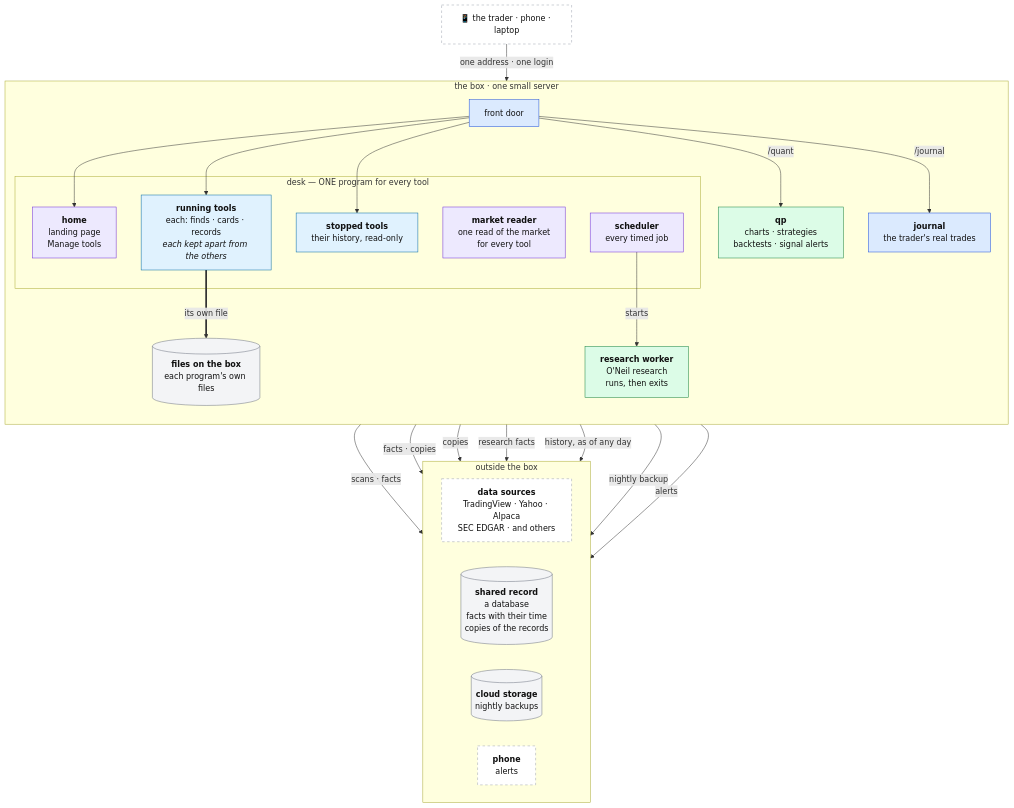
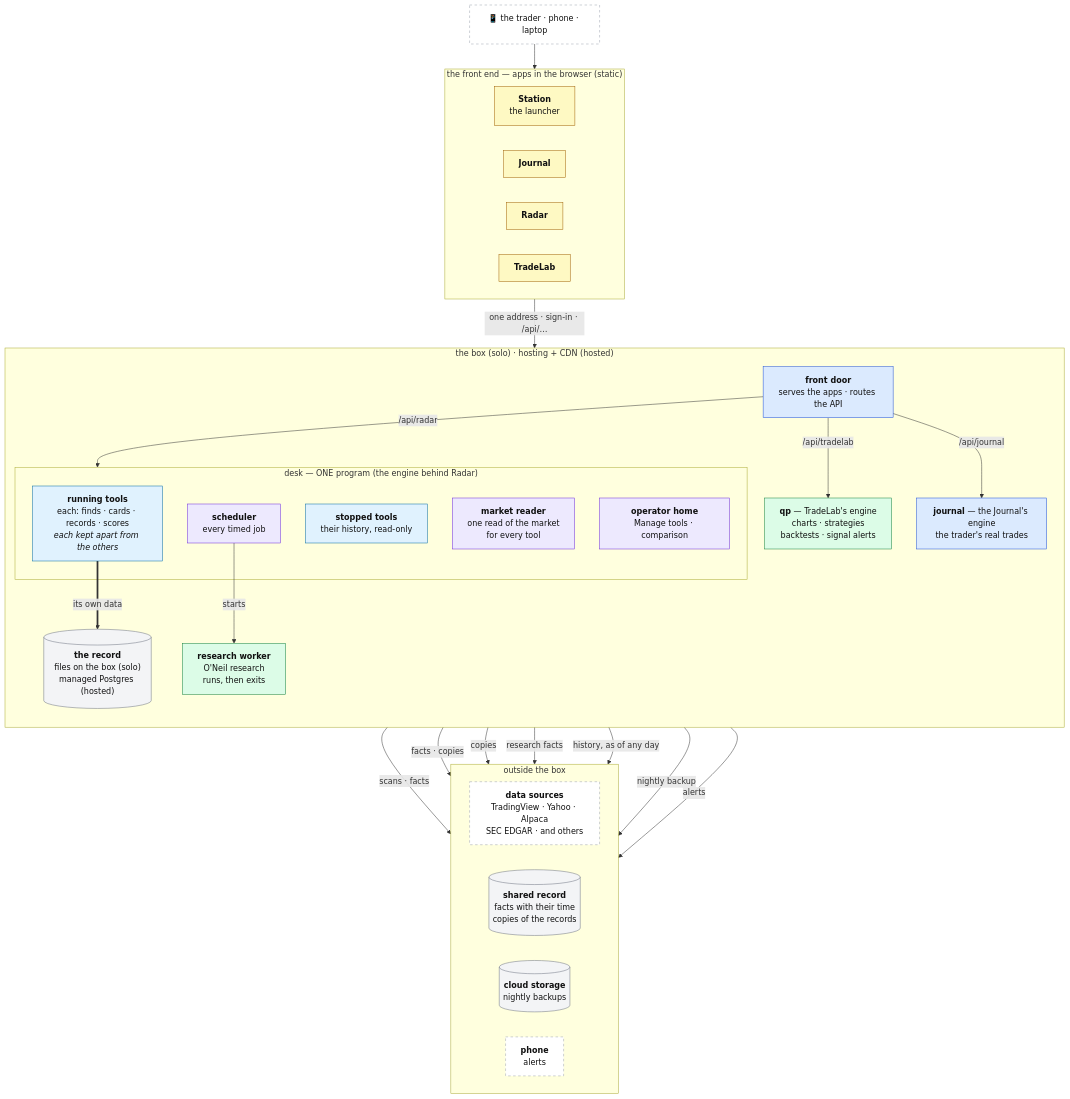
Before and after one commit to Mohamed-albadri-1995/Trade-Disk: the first of 2 diagrams in ARCHITECTURE.md, drawn with Mermaid. The commit also changed other lines of this file and 1 other file, not shown here.

Commit message:
Design: redraw the trunk picture as product-apps + API
ARCHITECTURE's one picture still showed the trader wired straight into
the front door, which routed to the desk's HOME/TOOLS pages — the
front end (Station + product apps) was invisible and the desk looked
like the thing you open. Backward-fit the trunk:

- §3 picture: add the front-end layer (Station + Journal/Radar/
  TradeLab apps, static); the front door serves the apps and routes
  the API; it routes /api/radar->desk, /api/tradelab->qp,
  /api/journal->journal; the desk is labelled the engine behind Radar
  and its operator home is marked admin, not a user screen; the record
  is files (solo) / managed Postgres (hosted).
- §4.1/§4.2 and the block table: the front door serves apps + routes
  the API; the desk answers the data API behind Radar's screens.
- §9 status: serving the static apps (replacing pages-by-path) is to
  build.
- FRONT-END-DESIGN route ownership: / is the Station launcher, not
  "desk home"; products are self-contained apps served static + API;
  the Station is distinct from the desk's operator home.

Claude-Session: https://claude.ai/code/session_01Tcj5SHdcP1cjK2bpfmF6TJ

````diff
--- a/ARCHITECTURE.md
+++ b/ARCHITECTURE.md
@@ -124,54 +124,61 @@
 ```mermaid
 flowchart TB
-  P["📱 the trader · phone · laptop"] -->|"one address · one login"| FD["front door"]
-  subgraph BOX["the box · one small server"]
+  P["📱 the trader · phone · laptop"]
+  subgraph FE["the front end — apps in the browser (static)"]
+    direction LR
+    ST["<b>Station</b><br/>the launcher"]
+    JRA["<b>Journal</b>"]
+    RDA["<b>Radar</b>"]
+    TLA["<b>TradeLab</b>"]
+  end
+  P --> FE
+  FE -->|"one address · sign-in · /api/…"| FD["<b>front door</b><br/>serves the apps · routes the API"]
+  subgraph BOX["the box (solo) · hosting + CDN (hosted)"]
     direction TB
     FD
-    subgraph DESK["desk — ONE program for every tool"]
-      HOME["<b>home</b><br/>landing page<br/>Manage tools"]
-      TOOLS["<b>running tools</b><br/>each: finds · cards · records<br/><i>each kept apart from the others</i>"]
+    subgraph DESK["desk — ONE program (the engine behind Radar)"]
+      TOOLS["<b>running tools</b><br/>each: finds · cards · records · scores<br/><i>each kept apart from the others</i>"]
       STOP["<b>stopped tools</b><br/>their history, read-only"]
       MKT["<b>market reader</b><br/>one read of the market<br/>for every tool"]
       JOBS["<b>scheduler</b><br/>every timed job"]
+      OHOME["<b>operator home</b><br/>Manage tools · comparison"]
     end
-    FILES[("<b>files on the box</b><br/>each program's own files")]
-    QP["<b>qp</b><br/>charts · strategies<br/>backtests · signal alerts"]
+    FILES[("<b>the record</b><br/>files on the box (solo)<br/>managed Postgres (hosted)")]
+    QP["<b>qp</b> — TradeLab's engine<br/>charts · strategies<br/>backtests · signal alerts"]
     RW["<b>research worker</b><br/>O'Neil research<br/>runs, then exits"]
-    JR["<b>journal</b><br/>the trader's real trades"]
+    JRS["<b>journal</b> — the Journal's engine<br/>the trader's real trades"]
   end
   subgraph OUT["outside the box"]
     direction LR
     SRC["<b>data sources</b><br/>TradingView · Yahoo · Alpaca<br/>SEC EDGAR · and others"]
-    PG[("<b>shared record</b><br/>a database<br/>facts with their time<br/>copies of the records")]
+    PG[("<b>shared record</b><br/>facts with their time<br/>copies of the records")]
     BK[("<b>cloud storage</b><br/>nightly backups")]
     PH["<b>phone</b><br/>alerts"]
   end
-  FD --> HOME
-  FD --> TOOLS
-  FD --> STOP
-  FD -->|"/quant"| QP
-  FD -->|"/journal"| JR
-  FD ~~~ MKT
-  FD ~~~ JOBS
-  TOOLS ==>|"its own file"| FILES
+  FD -->|"/api/radar"| DESK
+  FD -->|"/api/tradelab"| QP
+  FD -->|"/api/journal"| JRS
+  TOOLS ==>|"its own data"| FILES
   TOOLS -->|"scans · facts"| SRC
   TOOLS -->|"facts · copies"| PG
   MKT -->|"copies"| PG
   JOBS -->|"starts"| RW
   RW -->|"research facts"| PG
   QP -->|"history, as of any day"| PG
   JOBS -->|"nightly backup"| BK
   JOBS -->|"alerts"| PH
   classDef prog fill:#dbeafe,stroke:#1d4ed8,color:#111;
   classDef py fill:#dcfce7,stroke:#15803d,color:#111;
   classDef store fill:#f3f4f6,stroke:#6b7280,color:#111;
   classDef ext fill:#ffffff,stroke:#9ca3af,stroke-dasharray: 5 5,color:#111;
   classDef tool fill:#e0f2fe,stroke:#0369a1,color:#111;
   classDef deskown fill:#ede9fe,stroke:#6d28d9,color:#111;
+  classDef app fill:#fef9c3,stroke:#a16207,color:#111;
   class TOOLS,STOP tool;
-  class HOME,MKT,JOBS deskown;
-  class FD,JR prog;
+  class MKT,JOBS,OHOME deskown;
+  class FD,JRS prog;
   class QP,RW py;
   class FILES,PG,BK store;
   class SRC,PH,P ext;
+  class ST,JRA,RDA,TLA app;
 ```
````
